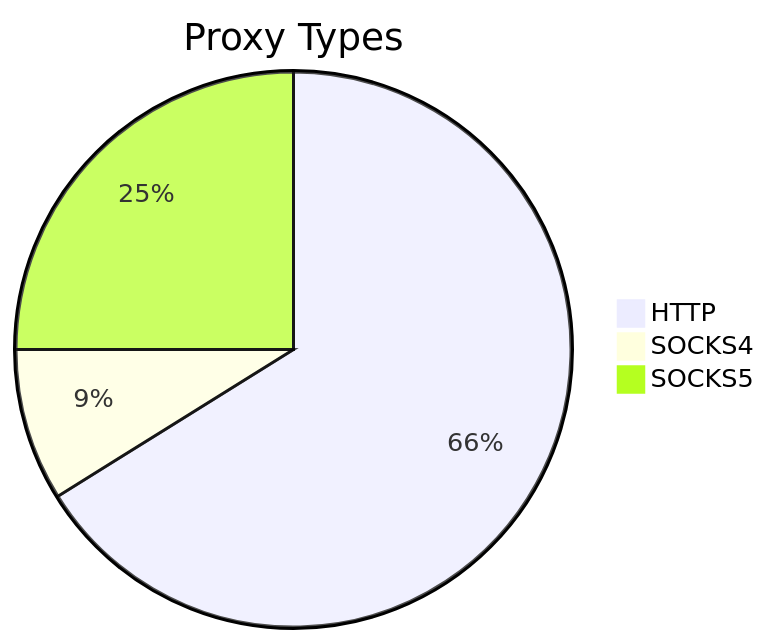
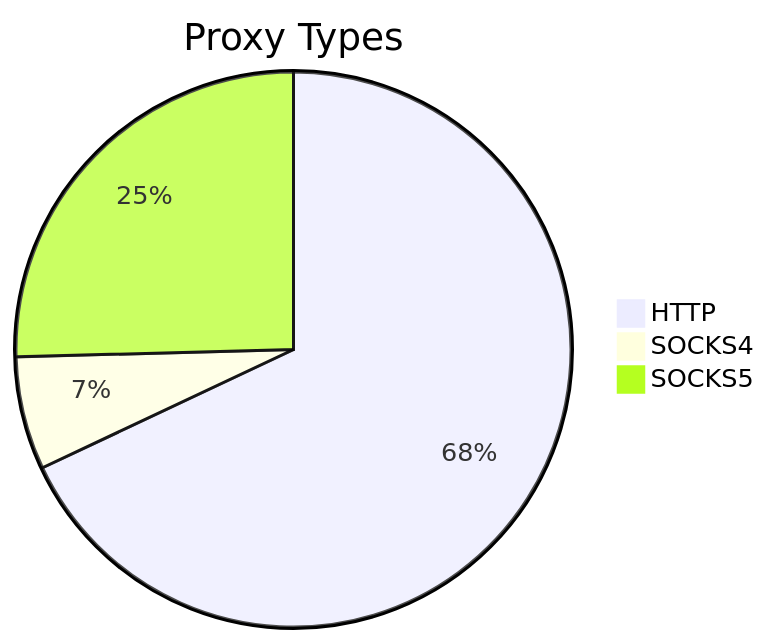
Before and after one commit to stormsia/proxy-list: the first of 2 diagrams in README.md, drawn with Mermaid. The commit also changed other lines of this file, not shown here.

````diff
--- a/README.md
+++ b/README.md
@@ -21,6 +21,6 @@
 ```mermaid
 pie title Proxy Types
-    "HTTP" : 455
-    "SOCKS4" : 61
-    "SOCKS5" : 172
+    "HTTP" : 444
+    "SOCKS4" : 43
+    "SOCKS5" : 166
 ```
````
